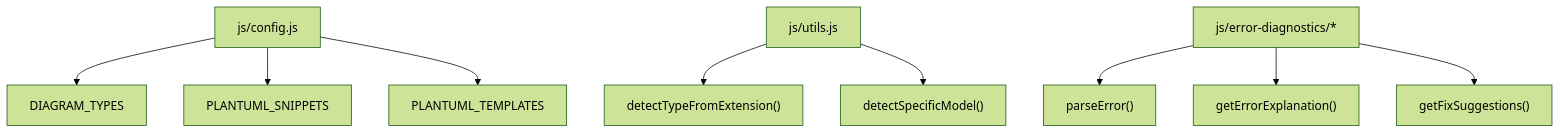
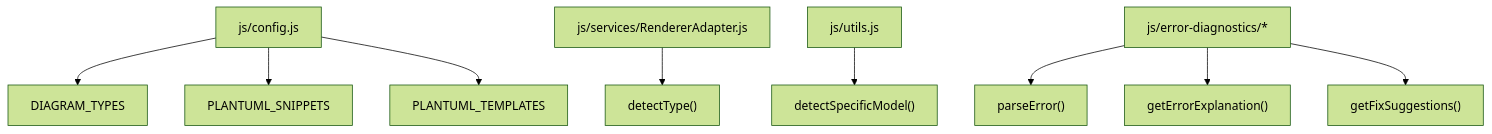
One commit to ongchonghian/universal-diagram-editor changed the seventh of 7 diagrams in .qoder/repowiki/en/content/Diagram Types and Formats/PlantUML and C4 PlantUML.md. Above: the diagram before and after it, drawn with Mermaid (forest theme). The commit also changed other lines of this file and 31 other files, not shown here.

````diff
--- a/.qoder/repowiki/en/content/Diagram Types and Formats/PlantUML and C4 PlantUML.md
+++ b/.qoder/repowiki/en/content/Diagram Types and Formats/PlantUML and C4 PlantUML.md
@@ -256,11 +268,12 @@
 ```mermaid
 graph TB
 Config["js/config.js"] --> Registry["DIAGRAM_TYPES"]
 Config --> Snippets["PLANTUML_SNIPPETS"]
 Config --> Templates["PLANTUML_TEMPLATES"]
-Utils["js/utils.js"] --> Detect["detectTypeFromExtension()"]
+Adapter["js/services/RendererAdapter.js"] --> Detect["detectType()"]
+Utils["js/utils.js"]
 Utils --> DetectModel["detectSpecificModel()"]
 Diag["js/error-diagnostics/*"] --> Parse["parseError()"]
 Diag --> Explain["getErrorExplanation()"]
 Diag --> Fixes["getFixSuggestions()"]
 ```
````
